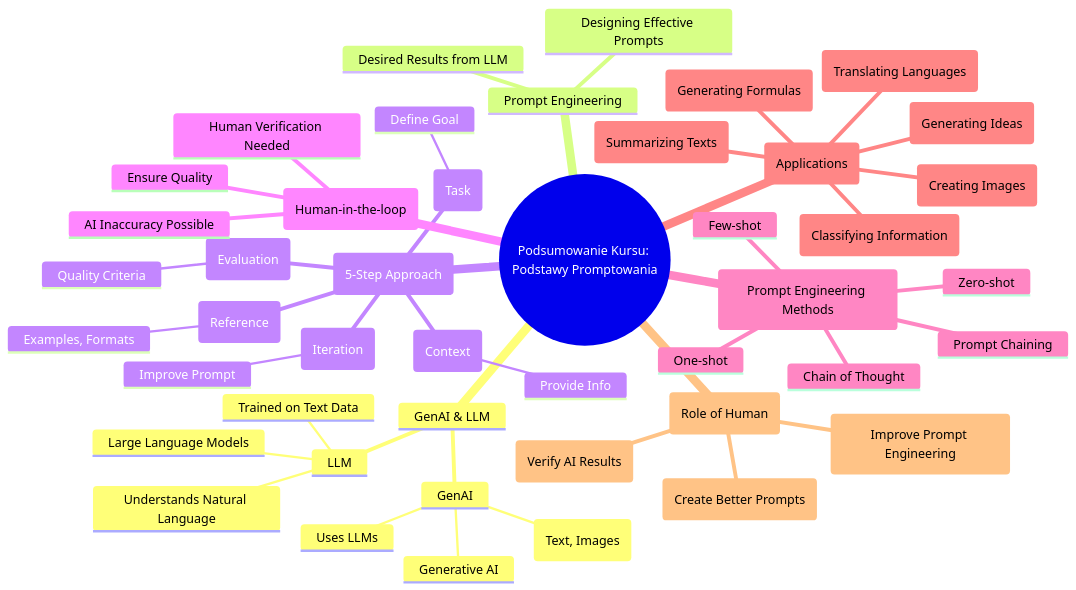
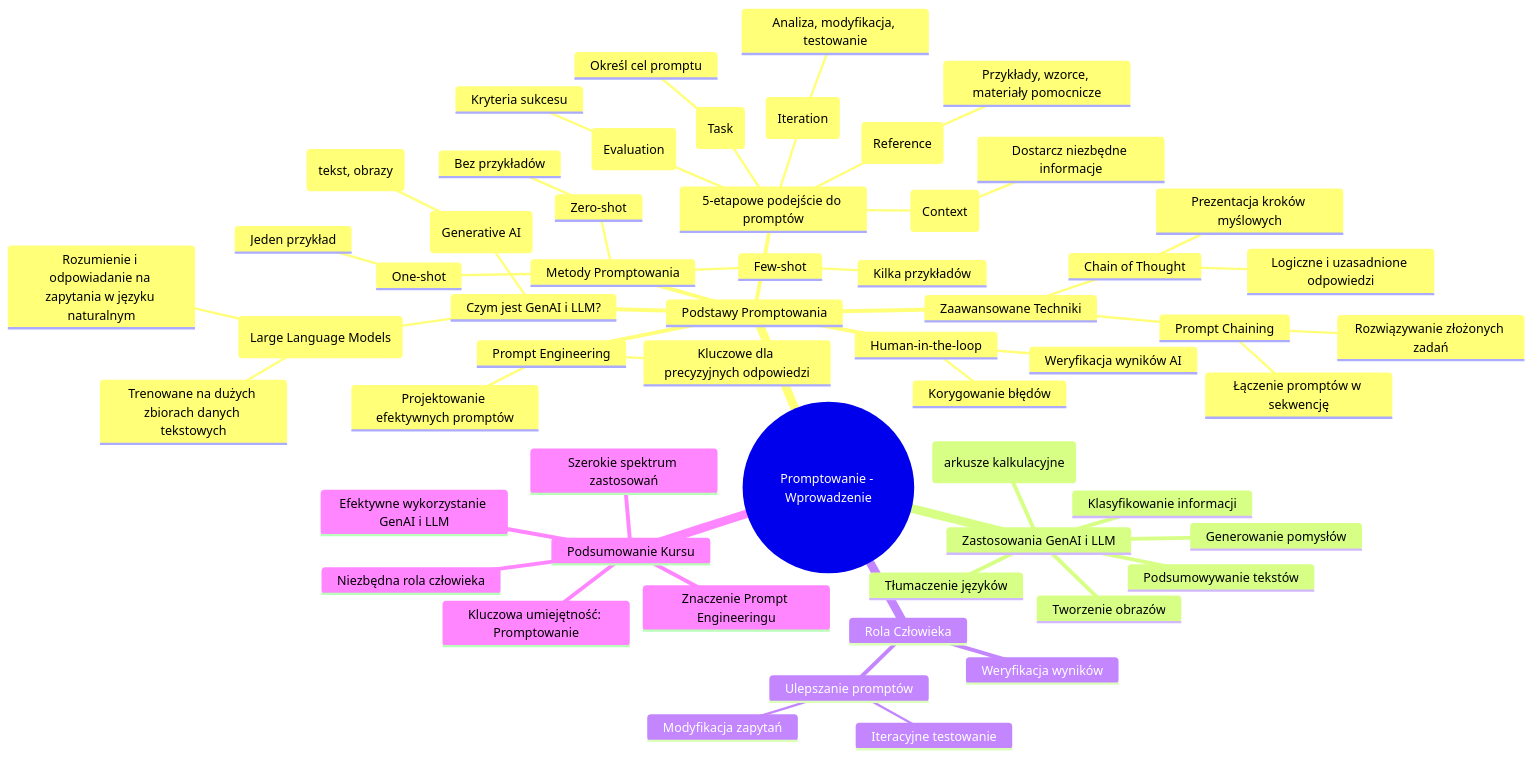
The diagram in ai_umiejetnosci_jutra/T1D1 - Materiały dodatkowe - 1. Podsumowanie.md (azdolinski/ai_docs), drawn with Mermaid before and after one commit. The commit also changed other lines of this file, not shown here.

````diff
--- a/ai_umiejetnosci_jutra/T1D1 - Materiały dodatkowe - 1. Podsumowanie.md
+++ b/ai_umiejetnosci_jutra/T1D1 - Materiały dodatkowe - 1. Podsumowanie.md
@@ -5,48 +5,60 @@
 ```mermaid
 mindmap
-  root((Podsumowanie Kursu: Podstawy Promptowania))
-    GenAI & LLM
-      GenAI
-        Generative AI
-        Creates Content (Text, Images)
-        Uses LLMs
-      LLM
-        Large Language Models
-        Trained on Text Data
-        Understands Natural Language
-    Prompt Engineering
-      Designing Effective Prompts
-      Desired Results from LLM
-    5-etapowe podejście (5-Step Approach)
-      Zadanie (Task)
-        Define Goal
-      Kontekst (Context)
-        Provide Info
-      Odniesienie (Reference)
-        Examples, Formats
-      Ocena (Evaluation)
-        Quality Criteria
-      Iteracja (Iteration)
-        Improve Prompt
-    Człowiek w pętli (Human-in-the-loop)
-      AI Inaccuracy Possible
-      Human Verification Needed
-      Ensure Quality
-    Metody Prompt Engineeringu (Prompt Engineering Methods)
-      Zero-shot
-      One-shot
-      Few-shot
-      Prompt Chaining
-      Chain of Thought
-    Zastosowania GenAI/LLM (Applications)
-      Podsumowywanie Tekstów (Summarizing Texts)
-      Tłumaczenie Języków (Translating Languages)
-      Generowanie Pomysłów (Generating Ideas)
-      Tworzenie Obrazów (Creating Images)
-      Generowanie Formuł (Generating Formulas)
-      Klasyfikowanie Informacji (Classifying Information)
-    Rola Człowieka (Role of Human)
-      Weryfikacja Wyników AI (Verify AI Results)
-      Tworzenie Lepszych Promptów (Create Better Prompts)
-      Doskonalenie Prompt Engineeringu (Improve Prompt Engineering)
+  root((Promptowanie - Wprowadzenie))
+    Podstawy Promptowania
+      Czym jest GenAI i LLM?
+        GenAI (Generative AI)
+          Tworzy nowe treści (tekst, obrazy)
+        LLM (Large Language Models)
+          Trenowane na dużych zbiorach danych tekstowych
+          Rozumienie i odpowiadanie na zapytania w języku naturalnym
+      Prompt Engineering
+        Projektowanie efektywnych promptów
+        Kluczowe dla precyzyjnych odpowiedzi
+      5-etapowe podejście do promptów
+        Zadanie (Task)
+          Określ cel promptu
+        Kontekst (Context)
+          Dostarcz niezbędne informacje
+        Odniesienie (Reference)
+          Przykłady, wzorce, materiały pomocnicze
+        Ocena (Evaluation)
+          Kryteria sukcesu
+        Iteracja (Iteration)
+          Analiza, modyfikacja, testowanie
+      Human-in-the-loop
+        Weryfikacja wyników AI
+        Korygowanie błędów
+      Metody Promptowania
+        Zero-shot
+          Bez przykładów
+        One-shot
+          Jeden przykład
+        Few-shot
+          Kilka przykładów
+      Zaawansowane Techniki
+        Prompt Chaining
+          Łączenie promptów w sekwencję
+          Rozwiązywanie złożonych zadań
+        Chain of Thought
+          Prezentacja kroków myślowych
+          Logiczne i uzasadnione odpowiedzi
+    Zastosowania GenAI i LLM
+      Podsumowywanie tekstów
+      Tłumaczenie języków
+      Generowanie pomysłów
+      Tworzenie obrazów
+      Generowanie formuł (arkusze kalkulacyjne)
+      Klasyfikowanie informacji
+    Rola Człowieka
+      Weryfikacja wyników
+      Ulepszanie promptów
+        Iteracyjne testowanie
+        Modyfikacja zapytań
+    Podsumowanie Kursu
+      Kluczowa umiejętność: Promptowanie
+      Efektywne wykorzystanie GenAI i LLM
+      Znaczenie Prompt Engineeringu
+      Niezbędna rola człowieka
+      Szerokie spektrum zastosowań
 ```
````
